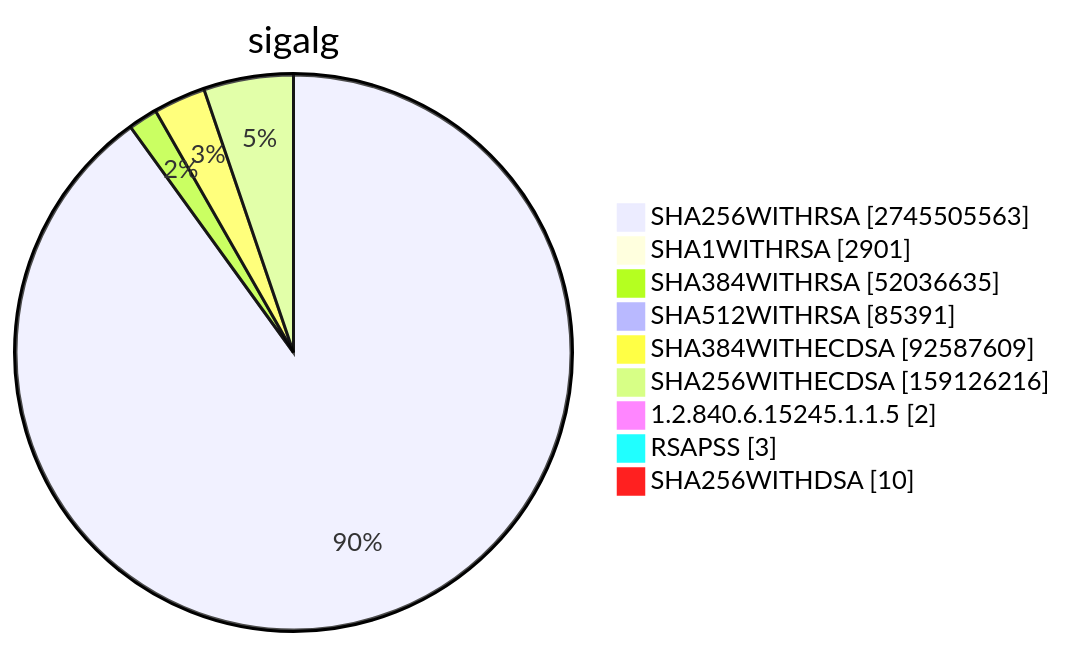
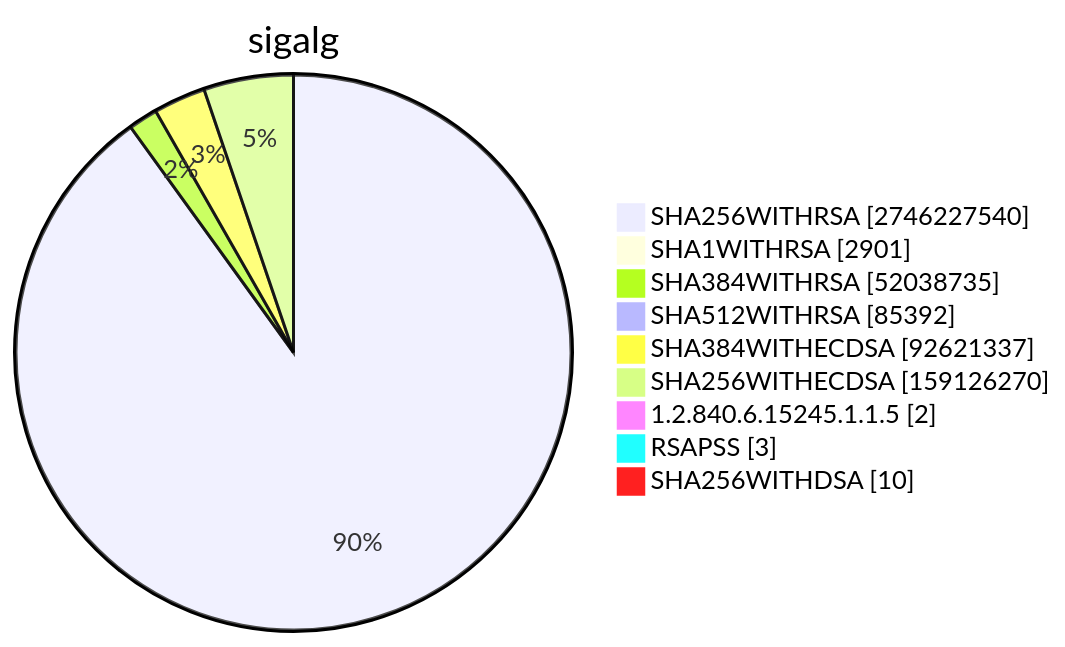
Diagram 15 of 15 in TOTAL/README.md (christiankrug/ctmonitor_visualization), drawn with Mermaid before and after one commit. The commit also changed other lines of this file, not shown here.

````diff
--- a/TOTAL/README.md
+++ b/TOTAL/README.md
@@ -6204,13 +6204,13 @@
 ```mermaid
 pie showData
 title sigalg
-"SHA256WITHRSA" :2745505563
+"SHA256WITHRSA" :2746227540
 "SHA1WITHRSA" :2901
-"SHA384WITHRSA" :52036635
-"SHA512WITHRSA" :85391
-"SHA384WITHECDSA" :92587609
-"SHA256WITHECDSA" :159126216
+"SHA384WITHRSA" :52038735
+"SHA512WITHRSA" :85392
+"SHA384WITHECDSA" :92621337
+"SHA256WITHECDSA" :159126270
 "1.2.840.6.15245.1.1.5" :2
 "RSAPSS" :3
 "SHA256WITHDSA" :10
 ```
````
